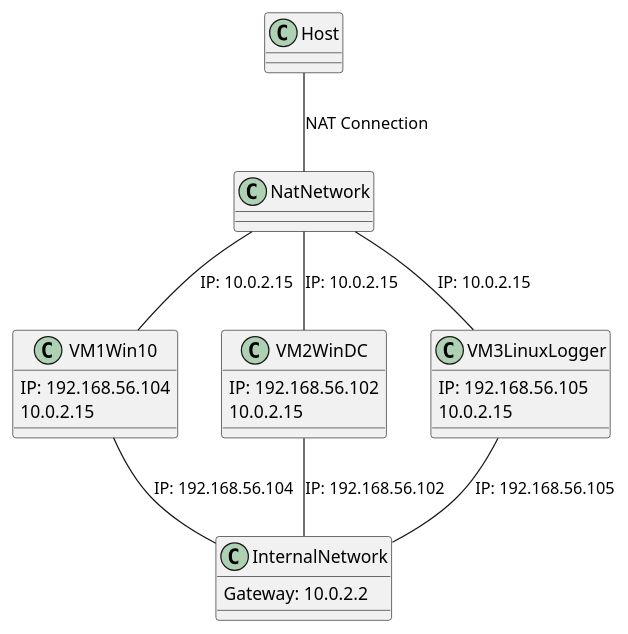
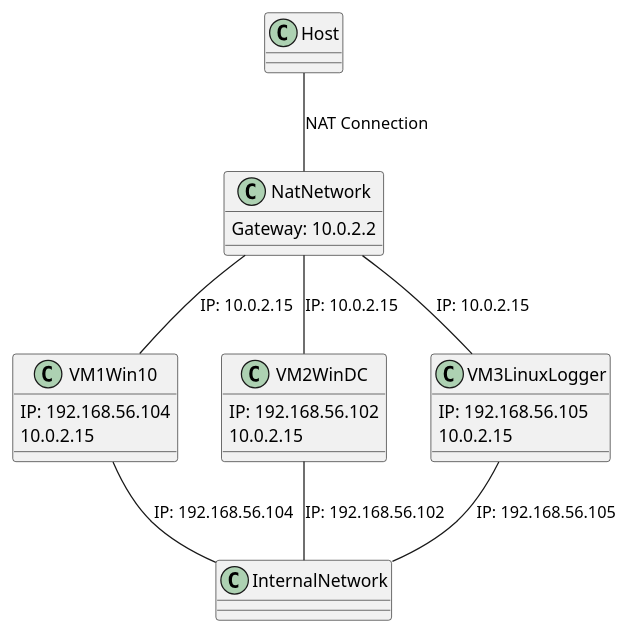
Before and after one commit to Blackrose-1337/M182_Docu_LB2: the diagram in docs/tech_daten/Netzwerk_Diagramm_P1.md, drawn with PlantUML. The commit also changed 1 other file, not shown here.

````diff
--- a/docs/tech_daten/Netzwerk_Diagramm_P1.md
+++ b/docs/tech_daten/Netzwerk_Diagramm_P1.md
@@ -3,38 +3,38 @@
 ```plantuml
 @startuml
 class Host {
 }
 
 class VM1Win10 {
   IP: 192.168.56.104
       10.0.2.15
 }
 
 class VM2WinDC {
   IP: 192.168.56.102
       10.0.2.15
 }
 
 class VM3LinuxLogger {
   IP: 192.168.56.105
       10.0.2.15
 }
 
 class InternalNetwork {
-    Gateway: 10.0.2.2
 }
 
 class NatNetwork {
+Gateway: 10.0.2.2
 }
 
 Host -- NatNetwork : NAT Connection
 NatNetwork -- VM1Win10 : IP: 10.0.2.15
 NatNetwork -- VM2WinDC : IP: 10.0.2.15
 NatNetwork -- VM3LinuxLogger : IP: 10.0.2.15
 
 VM1Win10 -- InternalNetwork : IP: 192.168.56.104
 VM2WinDC -- InternalNetwork : IP: 192.168.56.102
 VM3LinuxLogger -- InternalNetwork : IP: 192.168.56.105
 
 @enduml
 ```
````
